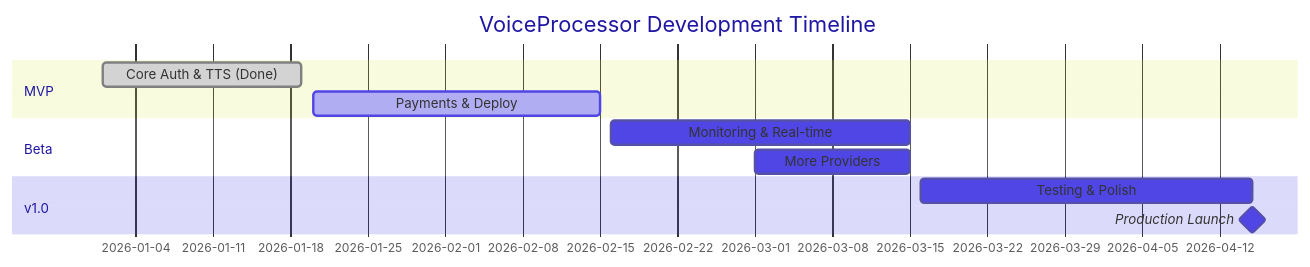
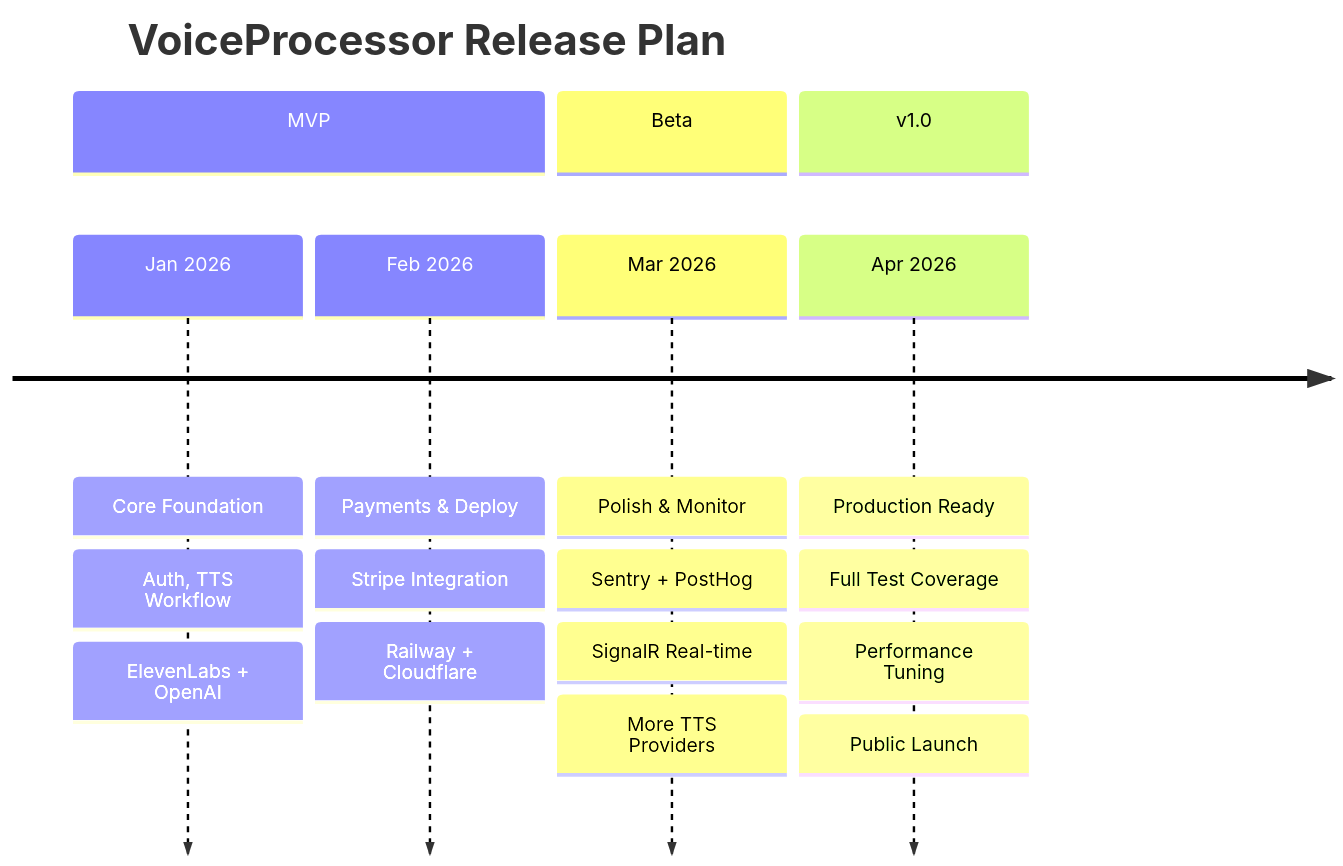
Before and after one commit to waner11/voiceprocessor-app: the fourth of 4 diagrams in apps/api/ROADMAP.md, drawn with Mermaid. The commit also changed other lines of this file, not shown here.

Commit message:
Update roadmap with circular pie charts and timeline

````diff
--- a/apps/api/ROADMAP.md
+++ b/apps/api/ROADMAP.md
@@ -34,15 +40,21 @@
 ```mermaid
-%%{init: {'theme': 'base', 'themeVariables': { 'primaryColor': '#4f46e5'}}}%%
-gantt
-    title VoiceProcessor Development Timeline
-    dateFormat  YYYY-MM-DD
+timeline
+    title VoiceProcessor Release Plan
     section MVP
-    Core Auth & TTS (Done)     :done,    mvp1, 2026-01-01, 2026-01-19
-    Payments & Deploy          :active,  mvp2, 2026-01-20, 2026-02-15
+        Jan 2026 : Core Foundation
+                 : Auth, TTS Workflow
+                 : ElevenLabs + OpenAI
+        Feb 2026 : Payments & Deploy
+                 : Stripe Integration
+                 : Railway + Cloudflare
     section Beta
-    Monitoring & Real-time     :         beta1, 2026-02-16, 2026-03-15
-    More Providers             :         beta2, 2026-03-01, 2026-03-15
+        Mar 2026 : Polish & Monitor
+                 : Sentry + PostHog
+                 : SignalR Real-time
+                 : More TTS Providers
     section v1.0
-    Testing & Polish           :         v1, 2026-03-16, 2026-04-15
-    Production Launch          :milestone, launch, 2026-04-15, 0d
+        Apr 2026 : Production Ready
+                 : Full Test Coverage
+                 : Performance Tuning
+                 : Public Launch
 ```
````
